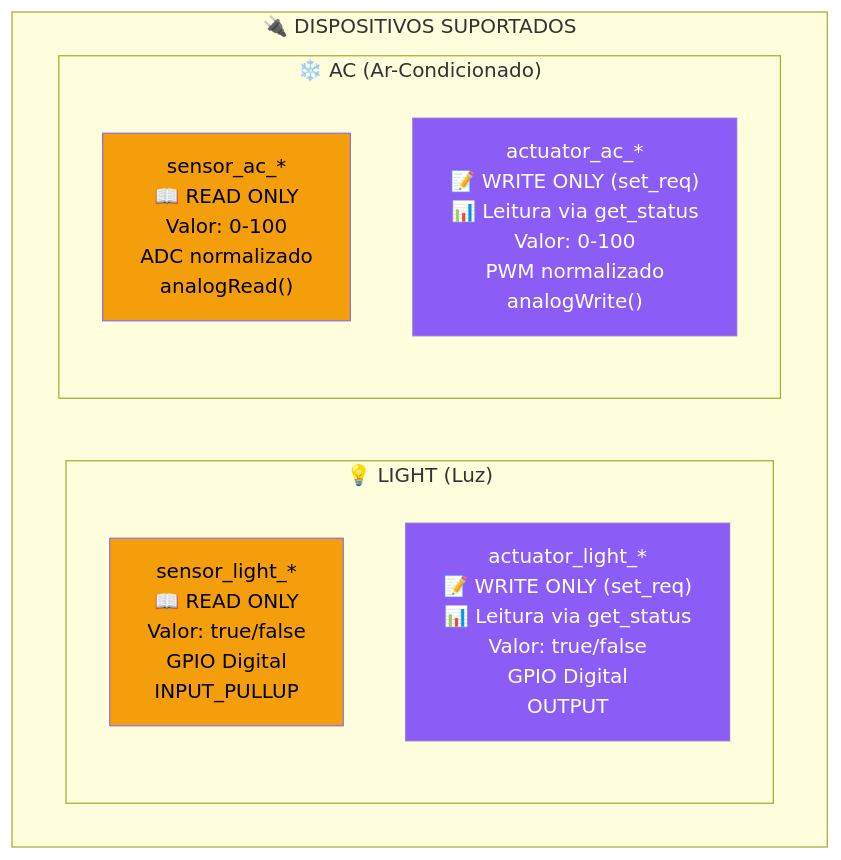
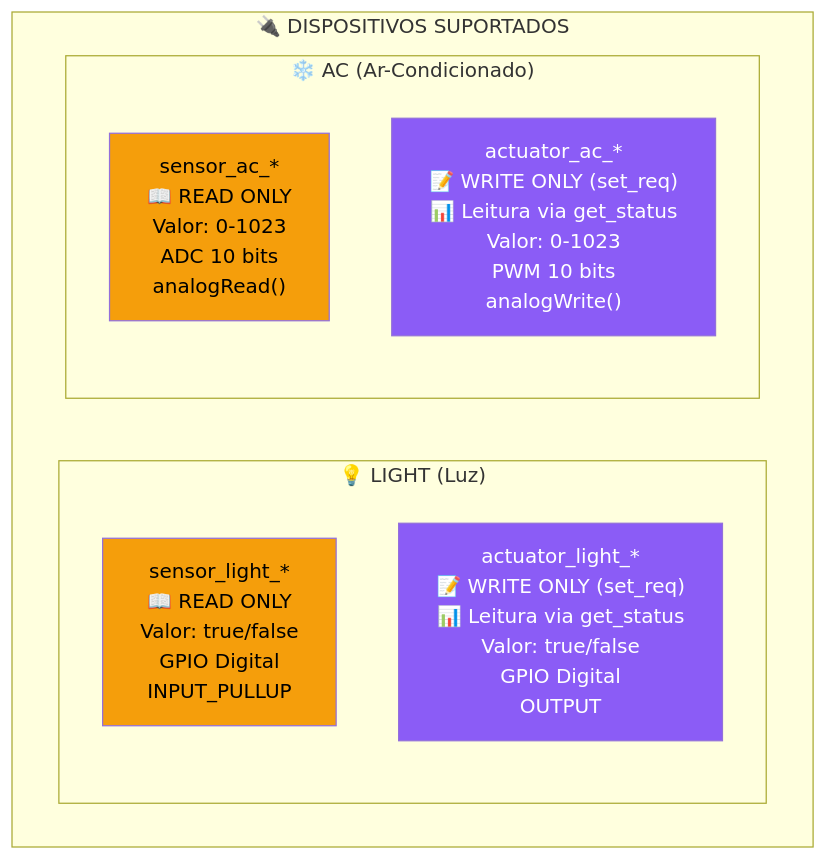
The ninth of 16 diagrams in docs/02-definições.md (gugacarbo/UDP-IOT-Redes-AV3-3), drawn with Mermaid before and after one commit. The commit also changed other lines of this file and 24 other files, not shown here.

````diff
--- a/docs/02-definições.md
+++ b/docs/02-definições.md
@@ -476,19 +476,19 @@
 ```mermaid
 graph TB
     subgraph Devices["🔌 DISPOSITIVOS SUPORTADOS"]
         subgraph Light["💡 LIGHT (Luz)"]
             LS["sensor_light_*<br/>📖 READ ONLY<br/>Valor: true/false<br/>GPIO Digital<br/>INPUT_PULLUP"]
             LA["actuator_light_*<br/>📝 WRITE ONLY (set_req)<br/>📊 Leitura via get_status<br/>Valor: true/false<br/>GPIO Digital<br/>OUTPUT"]
         end
 
         subgraph AC["❄️ AC (Ar-Condicionado)"]
-            AS["sensor_ac_*<br/>📖 READ ONLY<br/>Valor: 0-100<br/>ADC normalizado<br/>analogRead()"]
-            AA["actuator_ac_*<br/>📝 WRITE ONLY (set_req)<br/>📊 Leitura via get_status<br/>Valor: 0-100<br/>PWM normalizado<br/>analogWrite()"]
+            AS["sensor_ac_*<br/>📖 READ ONLY<br/>Valor: 0-1023<br/>ADC 10 bits<br/>analogRead()"]
+            AA["actuator_ac_*<br/>📝 WRITE ONLY (set_req)<br/>📊 Leitura via get_status<br/>Valor: 0-1023<br/>PWM 10 bits<br/>analogWrite()"]
         end
     end
 
     style LS fill:#f59e0b,color:#000
     style AS fill:#f59e0b,color:#000
     style LA fill:#8b5cf6,color:#fff
     style AA fill:#8b5cf6,color:#fff
 ```
````
